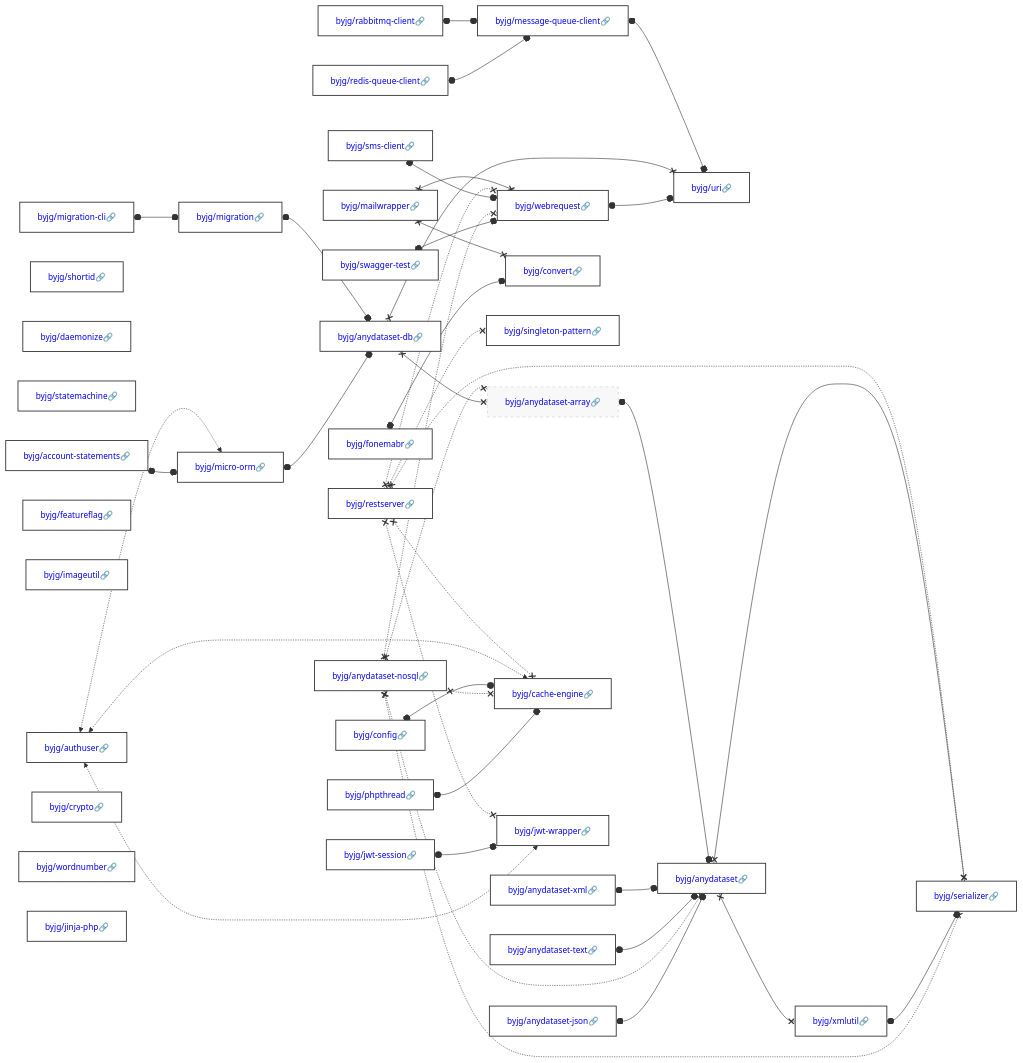
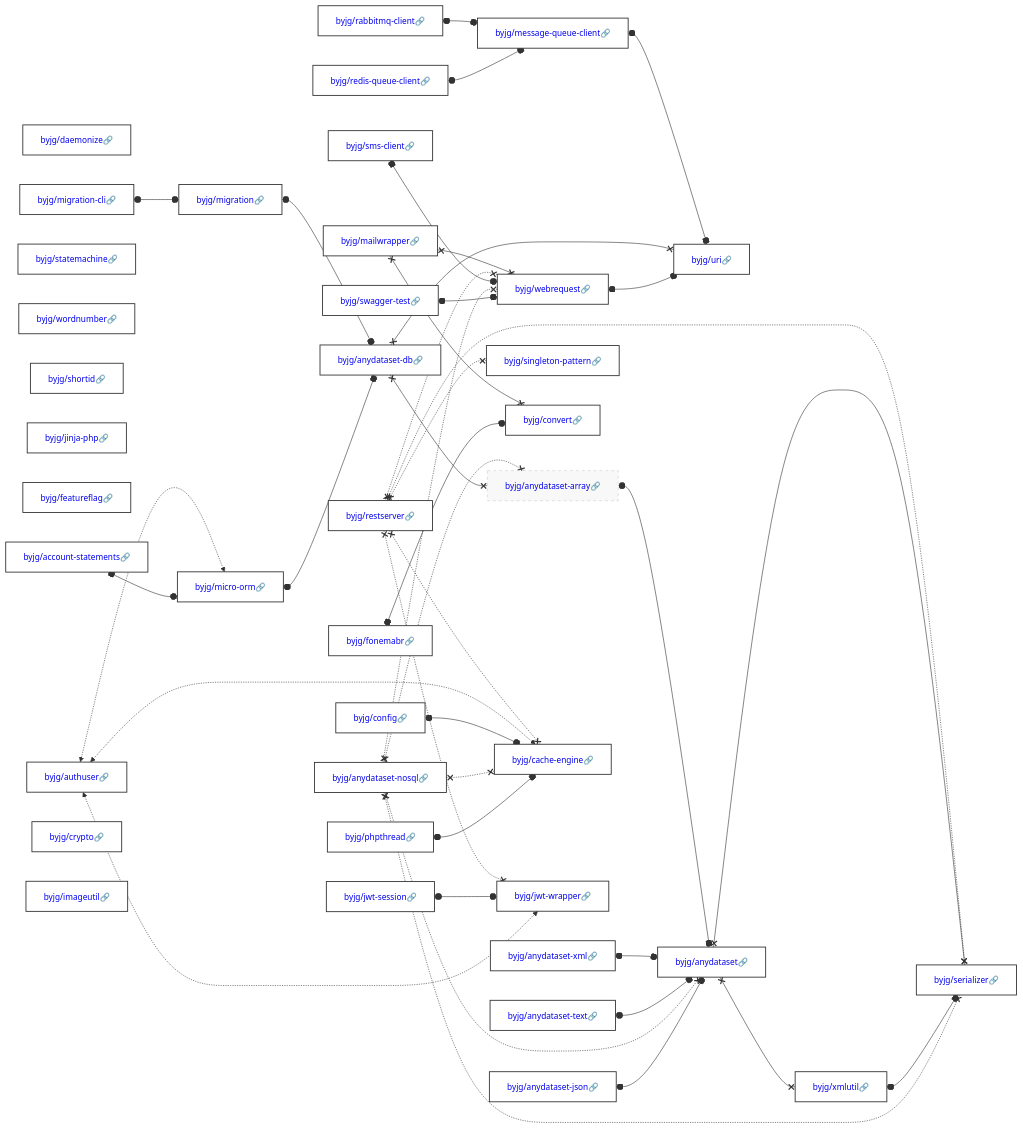
Before and after one commit to byjg/byjg.github.io: the diagram in docs/php/README.md, drawn with Mermaid. The commit also changed other lines of this file, not shown here.

Commit message:
Update documentation 'php' 'php-anydataset-db'

````diff
--- a/docs/php/README.md
+++ b/docs/php/README.md
@@ -3,35 +3,35 @@
 ```mermaid
 graph LR;
-  byjg/fonemabr[<a href='https://opensource.byjg.com/docs/php/fonemabr' style='text-decoration:none'>byjg/fonemabr🔗</a>];
+  byjg/swagger-test[<a href='https://opensource.byjg.com/docs/php/swagger-test' style='text-decoration:none'>byjg/swagger-test🔗</a>];
+  byjg/daemonize[<a href='https://opensource.byjg.com/docs/php/daemonize' style='text-decoration:none'>byjg/daemonize🔗</a>];
+  byjg/anydataset-nosql[<a href='https://opensource.byjg.com/docs/php/anydataset-nosql' style='text-decoration:none'>byjg/anydataset-nosql🔗</a>];
+  byjg/migration-cli[<a href='https://opensource.byjg.com/docs/php/migration-cli' style='text-decoration:none'>byjg/migration-cli🔗</a>];
+  byjg/jwt-session[<a href='https://opensource.byjg.com/docs/php/jwt-session' style='text-decoration:none'>byjg/jwt-session🔗</a>];
   byjg/rabbitmq-client[<a href='https://opensource.byjg.com/docs/php/rabbitmq-client' style='text-decoration:none'>byjg/rabbitmq-client🔗</a>];
-  byjg/mailwrapper[<a href='https://opensource.byjg.com/docs/php/mailwrapper' style='text-decoration:none'>byjg/mailwrapper🔗</a>];
+  byjg/statemachine[<a href='https://opensource.byjg.com/docs/php/statemachine' style='text-decoration:none'>byjg/statemachine🔗</a>];
+  byjg/wordnumber[<a href='https://opensource.byjg.com/docs/php/wordnumber' style='text-decoration:none'>byjg/wordnumber🔗</a>];
+  byjg/shortid[<a href='https://opensource.byjg.com/docs/php/shortid' style='text-decoration:none'>byjg/shortid🔗</a>];
+  byjg/jinja-php[<a href='https://opensource.byjg.com/docs/php/jinja-php' style='text-decoration:none'>byjg/jinja-php🔗</a>];
+  byjg/redis-queue-client[<a href='https://opensource.byjg.com/docs/php/redis-queue-client' style='text-decoration:none'>byjg/redis-queue-client🔗</a>];
+  byjg/restserver[<a href='https://opensource.byjg.com/docs/php/restserver' style='text-decoration:none'>byjg/restserver🔗</a>];
+  byjg/anydataset-text[<a href='https://opensource.byjg.com/docs/php/anydataset-text' style='text-decoration:none'>byjg/anydataset-text🔗</a>];
   byjg/anydataset-xml[<a href='https://opensource.byjg.com/docs/php/anydataset-xml' style='text-decoration:none'>byjg/anydataset-xml🔗</a>];
-  byjg/swagger-test[<a href='https://opensource.byjg.com/docs/php/swagger-test' style='text-decoration:none'>byjg/swagger-test🔗</a>];
-  byjg/config[<a href='https://opensource.byjg.com/docs/php/config' style='text-decoration:none'>byjg/config🔗</a>];
-  byjg/jwt-session[<a href='https://opensource.byjg.com/docs/php/jwt-session' style='text-decoration:none'>byjg/jwt-session🔗</a>];
-  byjg/migration-cli[<a href='https://opensource.byjg.com/docs/php/migration-cli' style='text-decoration:none'>byjg/migration-cli🔗</a>];
-  byjg/restserver[<a href='https://opensource.byjg.com/docs/php/restserver' style='text-decoration:none'>byjg/restserver🔗</a>];
-  byjg/shortid[<a href='https://opensource.byjg.com/docs/php/shortid' style='text-decoration:none'>byjg/shortid🔗</a>];
-  byjg/daemonize[<a href='https://opensource.byjg.com/docs/php/daemonize' style='text-decoration:none'>byjg/daemonize🔗</a>];
-  byjg/statemachine[<a href='https://opensource.byjg.com/docs/php/statemachine' style='text-decoration:none'>byjg/statemachine🔗</a>];
-  byjg/account-statements[<a href='https://opensource.byjg.com/docs/php/account-statements' style='text-decoration:none'>byjg/account-statements🔗</a>];
+  byjg/anydataset-json[<a href='https://opensource.byjg.com/docs/php/anydataset-json' style='text-decoration:none'>byjg/anydataset-json🔗</a>];
   byjg/sms-client[<a href='https://opensource.byjg.com/docs/php/sms-client' style='text-decoration:none'>byjg/sms-client🔗</a>];
   byjg/phpthread[<a href='https://opensource.byjg.com/docs/php/phpthread' style='text-decoration:none'>byjg/phpthread🔗</a>];
   byjg/featureflag[<a href='https://opensource.byjg.com/docs/php/featureflag' style='text-decoration:none'>byjg/featureflag🔗</a>];
-  byjg/anydataset-nosql[<a href='https://opensource.byjg.com/docs/php/anydataset-nosql' style='text-decoration:none'>byjg/anydataset-nosql🔗</a>];
-  byjg/anydataset-json[<a href='https://opensource.byjg.com/docs/php/anydataset-json' style='text-decoration:none'>byjg/anydataset-json🔗</a>];
-  byjg/imageutil[<a href='https://opensource.byjg.com/docs/php/imageutil' style='text-decoration:none'>byjg/imageutil🔗</a>];
-  byjg/redis-queue-client[<a href='https://opensource.byjg.com/docs/php/redis-queue-client' style='text-decoration:none'>byjg/redis-queue-client🔗</a>];
+  byjg/fonemabr[<a href='https://opensource.byjg.com/docs/php/fonemabr' style='text-decoration:none'>byjg/fonemabr🔗</a>];
+  byjg/account-statements[<a href='https://opensource.byjg.com/docs/php/account-statements' style='text-decoration:none'>byjg/account-statements🔗</a>];
+  byjg/mailwrapper[<a href='https://opensource.byjg.com/docs/php/mailwrapper' style='text-decoration:none'>byjg/mailwrapper🔗</a>];
+  byjg/config[<a href='https://opensource.byjg.com/docs/php/config' style='text-decoration:none'>byjg/config🔗</a>];
   byjg/authuser[<a href='https://opensource.byjg.com/docs/php/authuser' style='text-decoration:none'>byjg/authuser🔗</a>];
   byjg/crypto[<a href='https://opensource.byjg.com/docs/php/crypto' style='text-decoration:none'>byjg/crypto🔗</a>];
-  byjg/wordnumber[<a href='https://opensource.byjg.com/docs/php/wordnumber' style='text-decoration:none'>byjg/wordnumber🔗</a>];
-  byjg/anydataset-text[<a href='https://opensource.byjg.com/docs/php/anydataset-text' style='text-decoration:none'>byjg/anydataset-text🔗</a>];
-  byjg/jinja-php[<a href='https://opensource.byjg.com/docs/php/jinja-php' style='text-decoration:none'>byjg/jinja-php🔗</a>];
+  byjg/imageutil[<a href='https://opensource.byjg.com/docs/php/imageutil' style='text-decoration:none'>byjg/imageutil🔗</a>];
+  byjg/migration[<a href='https://opensource.byjg.com/docs/php/migration' style='text-decoration:none'>byjg/migration🔗</a>];
+  byjg/message-queue-client[<a href='https://opensource.byjg.com/docs/php/message-queue-client' style='text-decoration:none'>byjg/message-queue-client🔗</a>];
+  byjg/singleton-pattern[<a href='https://opensource.byjg.com/docs/php/singleton-pattern' style='text-decoration:none'>byjg/singleton-pattern🔗</a>];
   byjg/convert[<a href='https://opensource.byjg.com/docs/php/convert' style='text-decoration:none'>byjg/convert🔗</a>];
-  byjg/migration[<a href='https://opensource.byjg.com/docs/php/migration' style='text-decoration:none'>byjg/migration🔗</a>];
-  byjg/singleton-pattern[<a href='https://opensource.byjg.com/docs/php/singleton-pattern' style='text-decoration:none'>byjg/singleton-pattern🔗</a>];
   byjg/webrequest[<a href='https://opensource.byjg.com/docs/php/webrequest' style='text-decoration:none'>byjg/webrequest🔗</a>];
-  byjg/message-queue-client[<a href='https://opensource.byjg.com/docs/php/message-queue-client' style='text-decoration:none'>byjg/message-queue-client🔗</a>];
   byjg/micro-orm[<a href='https://opensource.byjg.com/docs/php/micro-orm' style='text-decoration:none'>byjg/micro-orm🔗</a>];
   byjg/cache-engine[<a href='https://opensource.byjg.com/docs/php/cache-engine' style='text-decoration:none'>byjg/cache-engine🔗</a>];
   byjg/jwt-wrapper[<a href='https://opensource.byjg.com/docs/php/jwt-wrapper' style='text-decoration:none'>byjg/jwt-wrapper🔗</a>];
````
